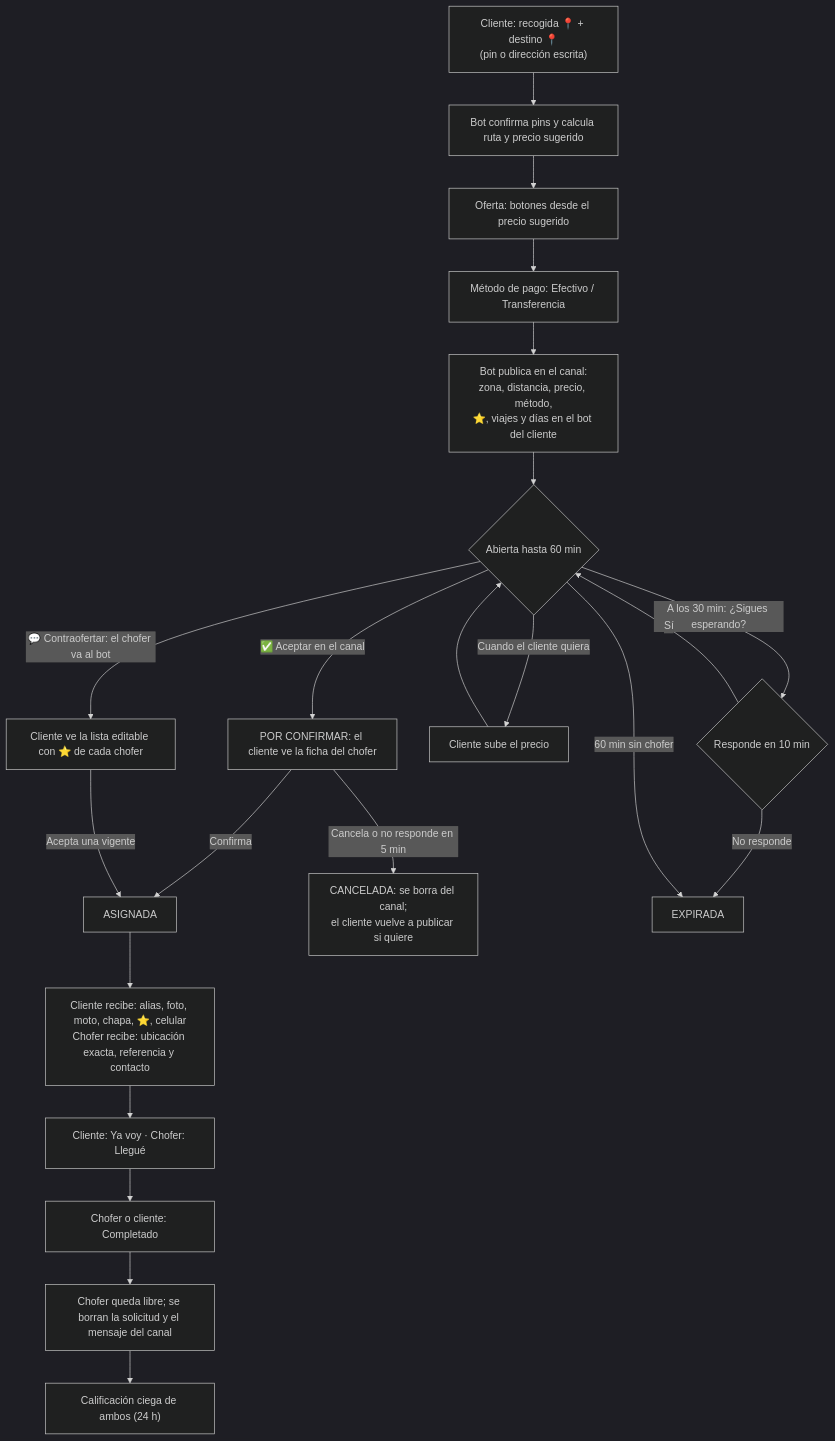
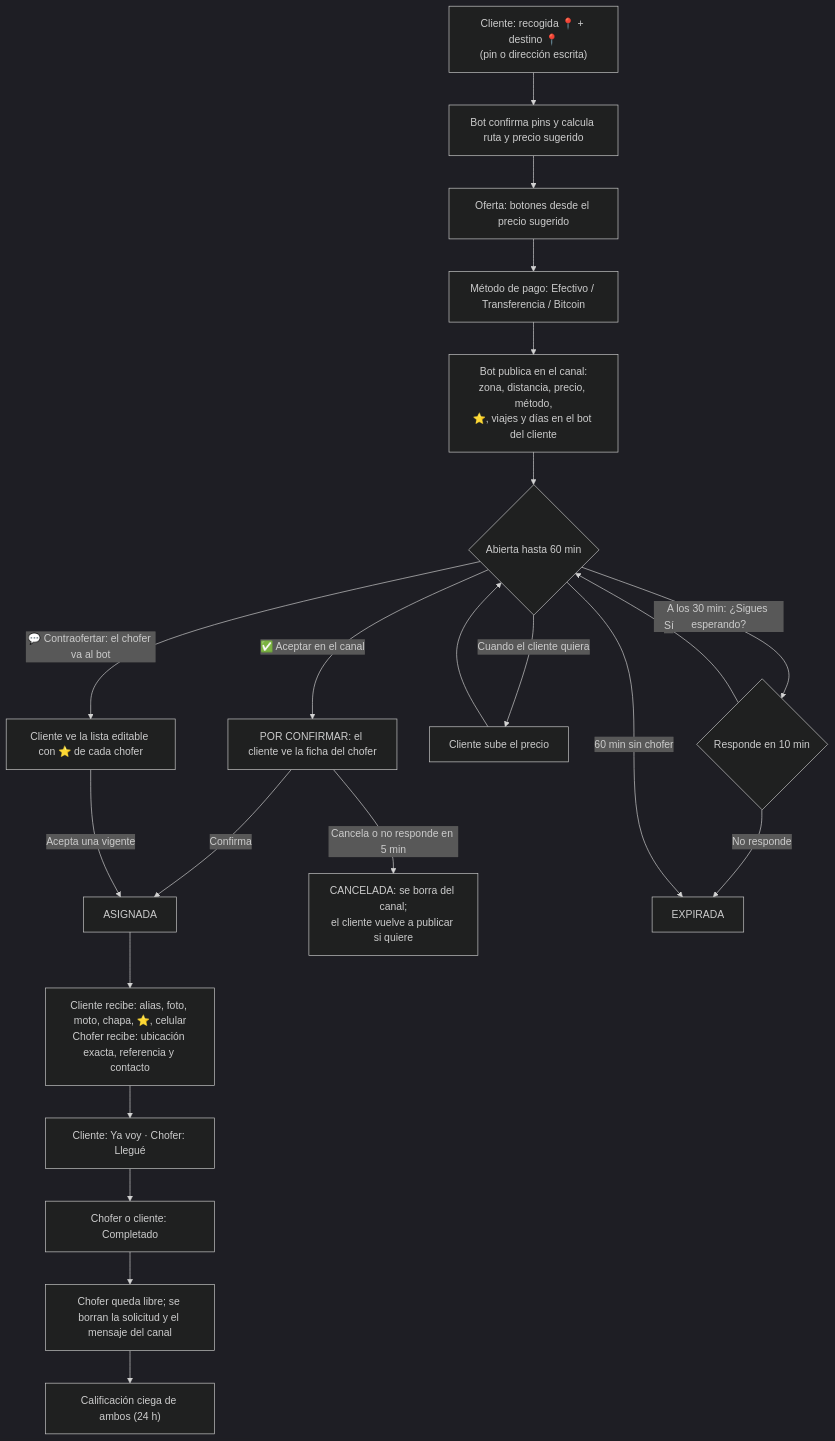
The first of 3 diagrams in docs/diseno.md (Forte11Cuba/aserevoy), drawn with Mermaid (dark theme) before and after one commit. The commit also changed other lines of this file and 9 other files, not shown here.

````diff
--- a/docs/diseno.md
+++ b/docs/diseno.md
@@ -155,24 +155,24 @@
 ```mermaid
 flowchart TD
   A["Cliente: recogida 📍 + destino 📍<br/>(pin o dirección escrita)"] --> A2["Bot confirma pins y calcula ruta y precio sugerido"]
   A2 --> B["Oferta: botones desde el precio sugerido"]
-  B --> C["Método de pago: Efectivo / Transferencia"]
+  B --> C["Método de pago: Efectivo / Transferencia / Bitcoin"]
   C --> D["Bot publica en el canal:<br/>zona, distancia, precio, método,<br/>⭐, viajes y días en el bot del cliente"]
   D --> E{"Abierta hasta 60 min"}
   E -->|"✅ Aceptar en el canal"| P["POR CONFIRMAR: el cliente ve la ficha del chofer"]
   P -->|"Confirma"| H["ASIGNADA"]
   P -->|"Cancela o no responde en 5 min"| Y["CANCELADA: se borra del canal;<br/>el cliente vuelve a publicar si quiere"]
   E -->|"💬 Contraofertar: el chofer va al bot"| F["Cliente ve la lista editable con ⭐ de cada chofer"]
   F -->|"Acepta una vigente"| H
   E -->|"Cuando el cliente quiera"| G["Cliente sube el precio"]
   G --> E
   E -->|"A los 30 min: ¿Sigues esperando?"| Q{"Responde en 10 min"}
   Q -->|"Sí"| E
   Q -->|"No responde"| X["EXPIRADA"]
   E -->|"60 min sin chofer"| X
   H --> I["Cliente recibe: alias, foto, moto, chapa, ⭐, celular<br/>Chofer recibe: ubicación exacta, referencia y contacto"]
   I --> I2["Cliente: Ya voy · Chofer: Llegué"]
   I2 --> J["Chofer o cliente: Completado"]
   J --> K["Chofer queda libre; se borran la solicitud y el mensaje del canal"]
   K --> L["Calificación ciega de ambos (24 h)"]
 ```
````
